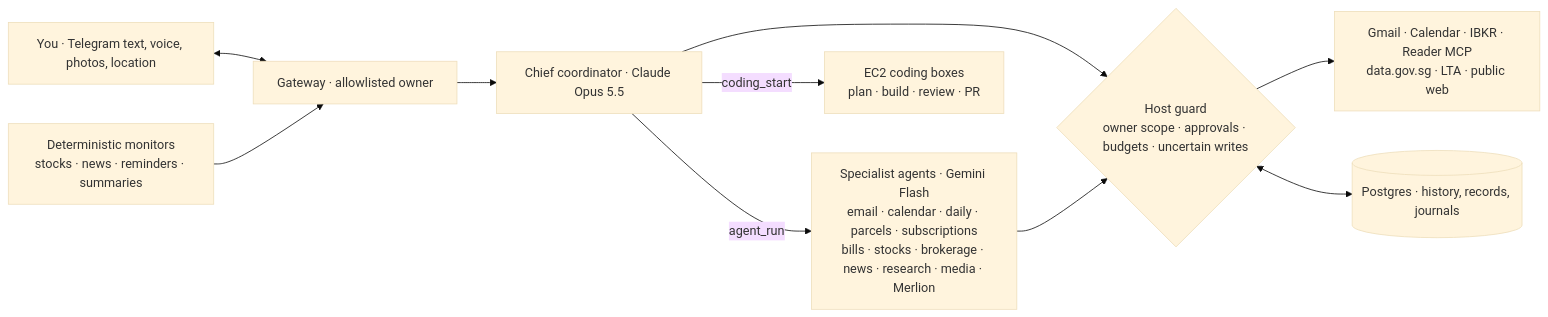
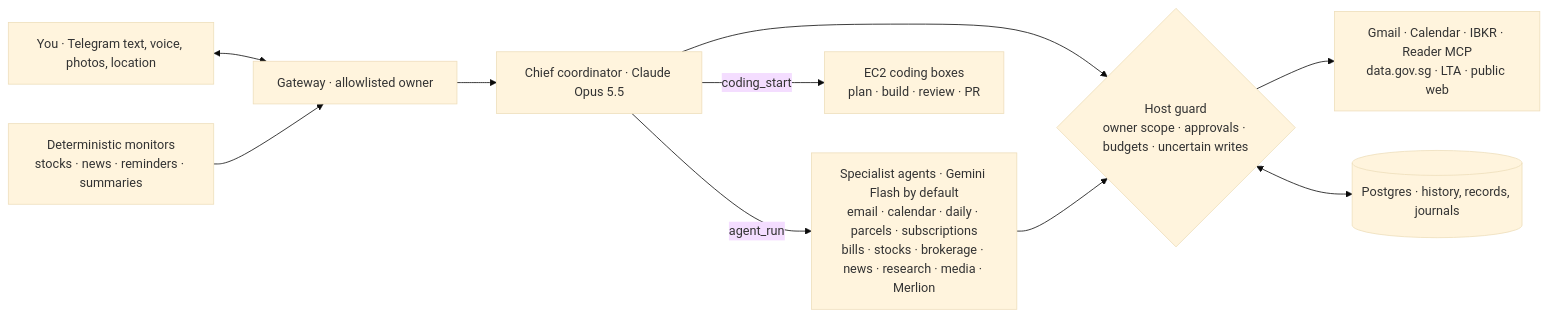
The diagram in README.md (akhilvuputuri/chief-agent), drawn with Mermaid (base theme) before and after one commit. The commit also changed other lines of this file and 3 other files, not shown here.

````diff
--- a/README.md
+++ b/README.md
@@ -78,11 +78,11 @@
 ```mermaid
 flowchart LR
   U[You · Telegram text, voice, photos, location] <--> G[Gateway · allowlisted owner]
   G --> C[Chief coordinator · Claude Opus 5.5]
-  C -- agent_run --> A[Specialist agents · Gemini Flash<br/>email · calendar · daily · parcels · subscriptions<br/>bills · stocks · brokerage · news · research · media · Merlion]
+  C -- agent_run --> A[Specialist agents · Gemini Flash by default<br/>email · calendar · daily · parcels · subscriptions<br/>bills · stocks · brokerage · news · research · media · Merlion]
   C -- coding_start --> B[EC2 coding boxes<br/>plan · build · review · PR]
   C & A --> H{Host guard<br/>owner scope · approvals · budgets · uncertain writes}
   H --> I[Gmail · Calendar · IBKR · Reader MCP<br/>data.gov.sg · LTA · public web]
   H <--> P[(Postgres · history, records, journals)]
   M[Deterministic monitors<br/>stocks · news · reminders · summaries] --> G
 ```
````
